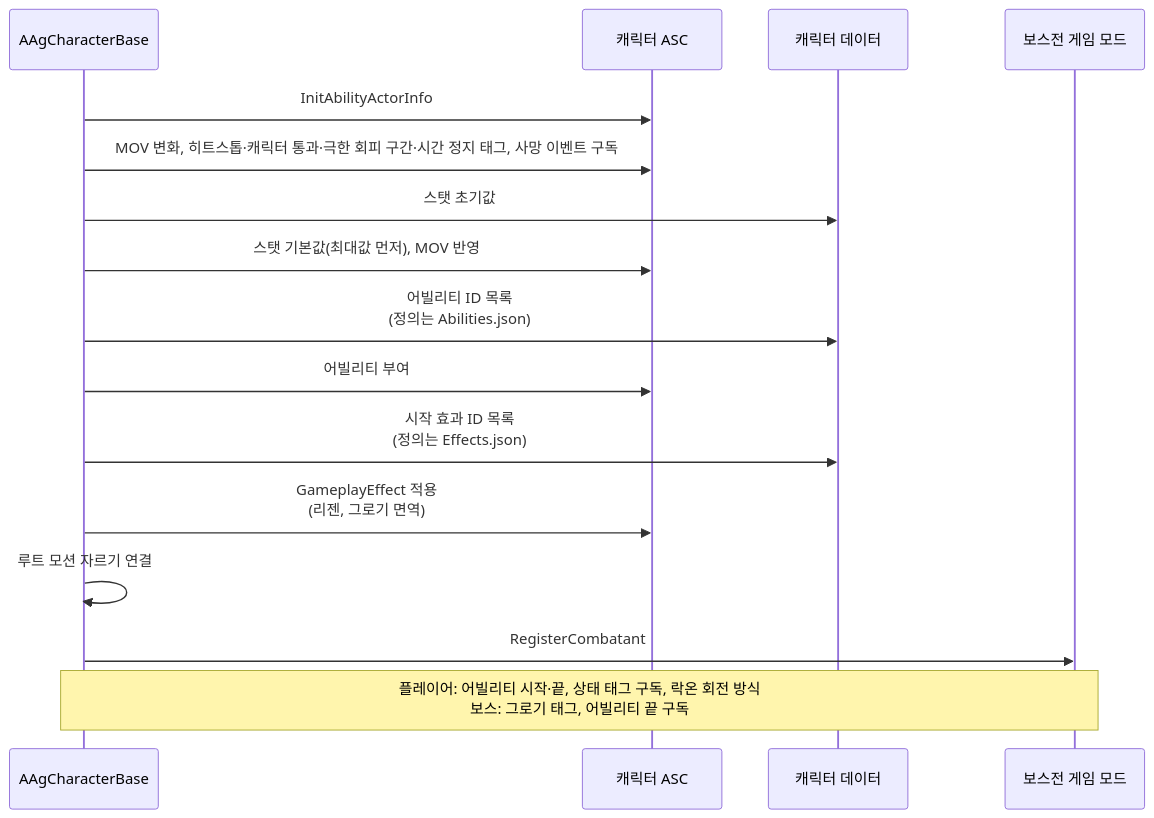
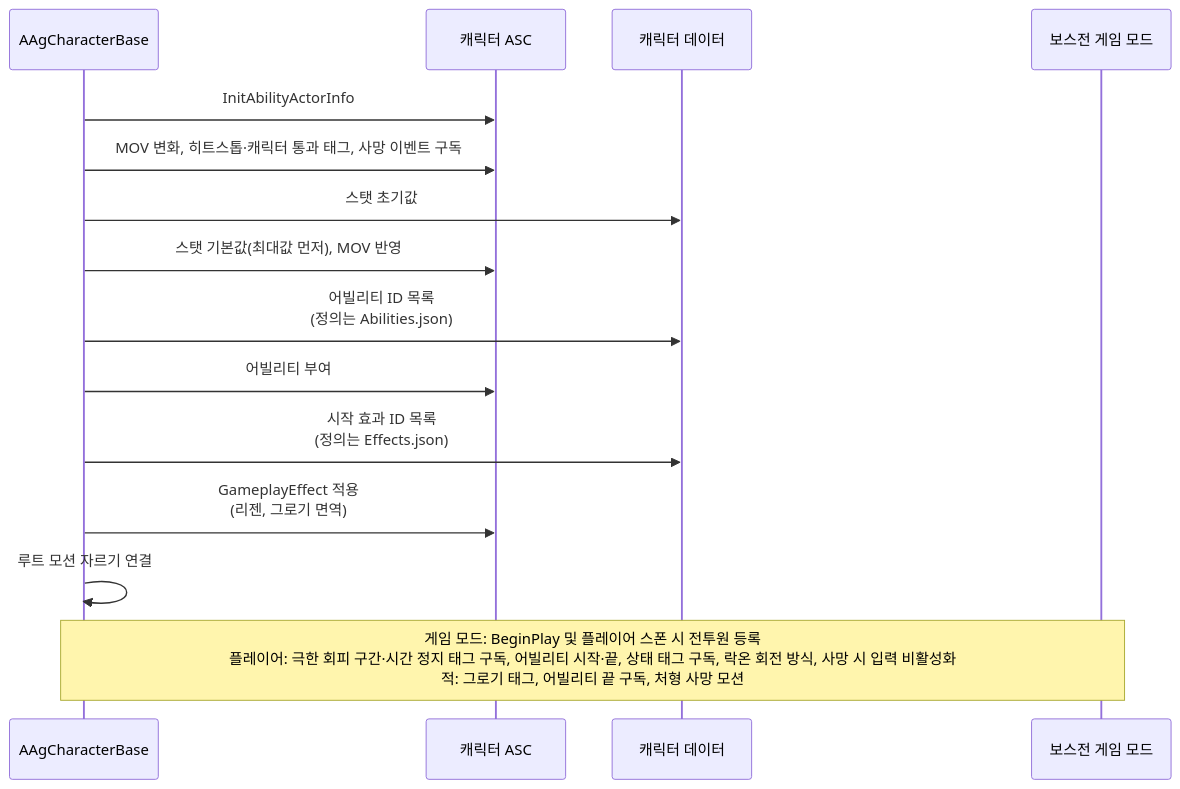
The third of 4 diagrams in Docs/Architecture/캐릭터 기반 구조와 GAS.md (Woogl/Ag), drawn with Mermaid before and after one commit. The commit also changed other lines of this file and 10 other files, not shown here.

````diff
--- a/Docs/Architecture/캐릭터 기반 구조와 GAS.md
+++ b/Docs/Architecture/캐릭터 기반 구조와 GAS.md
@@ -103,18 +105,17 @@
 ```mermaid
 sequenceDiagram
     participant C as AAgCharacterBase
     participant ASC as 캐릭터 ASC
     participant D as 캐릭터 데이터
     participant GM as 보스전 게임 모드
     C->>ASC: InitAbilityActorInfo
-    C->>ASC: MOV 변화, 히트스톱·캐릭터 통과·극한 회피 구간·시간 정지 태그, 사망 이벤트 구독
+    C->>ASC: MOV 변화, 히트스톱·캐릭터 통과 태그, 사망 이벤트 구독
     C->>D: 스탯 초기값
     C->>ASC: 스탯 기본값(최대값 먼저), MOV 반영
     C->>D: 어빌리티 ID 목록<br>(정의는 Abilities.json)
     C->>ASC: 어빌리티 부여
     C->>D: 시작 효과 ID 목록<br>(정의는 Effects.json)
     C->>ASC: GameplayEffect 적용<br>(리젠, 그로기 면역)
     C->>C: 루트 모션 자르기 연결
-    C->>GM: RegisterCombatant
-    Note over C,GM: 플레이어: 어빌리티 시작·끝, 상태 태그 구독, 락온 회전 방식<br>보스: 그로기 태그, 어빌리티 끝 구독
+    Note over C,GM: 게임 모드: BeginPlay 및 플레이어 스폰 시 전투원 등록<br>플레이어: 극한 회피 구간·시간 정지 태그 구독, 어빌리티 시작·끝, 상태 태그 구독, 락온 회전 방식, 사망 시 입력 비활성화<br>적: 그로기 태그, 어빌리티 끝 구독, 처형 사망 모션
 ```
````
